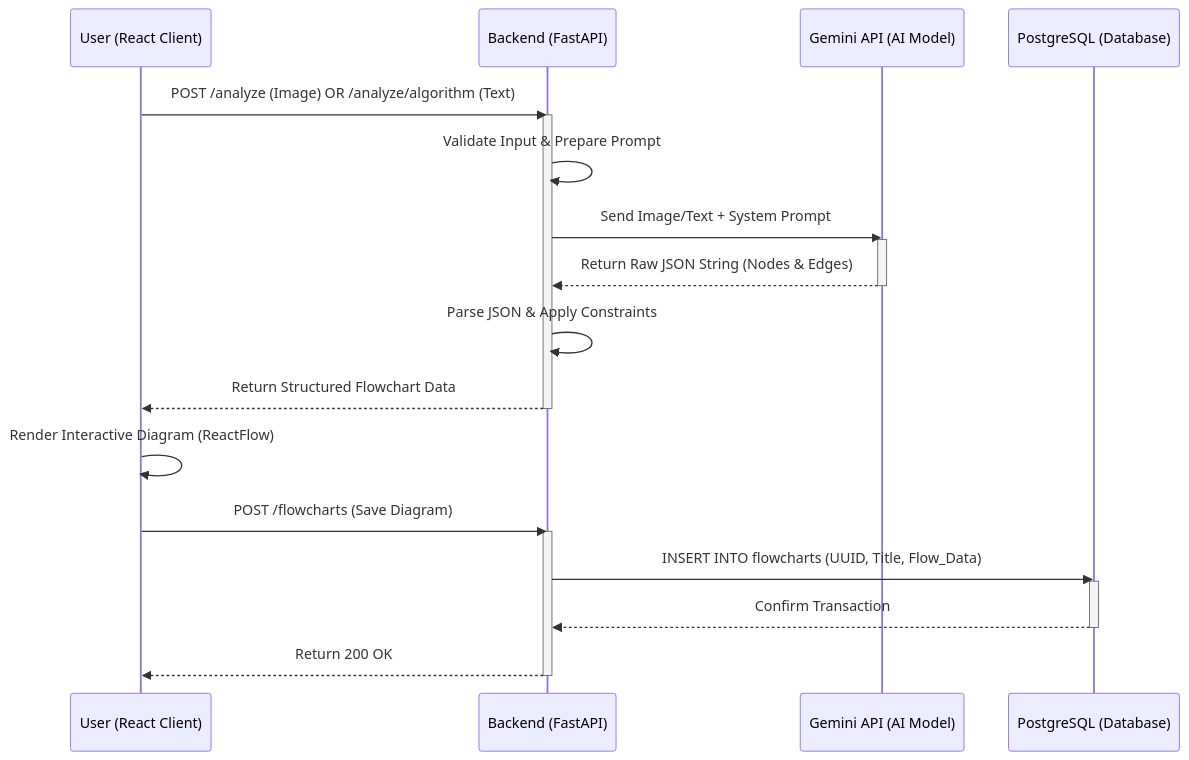
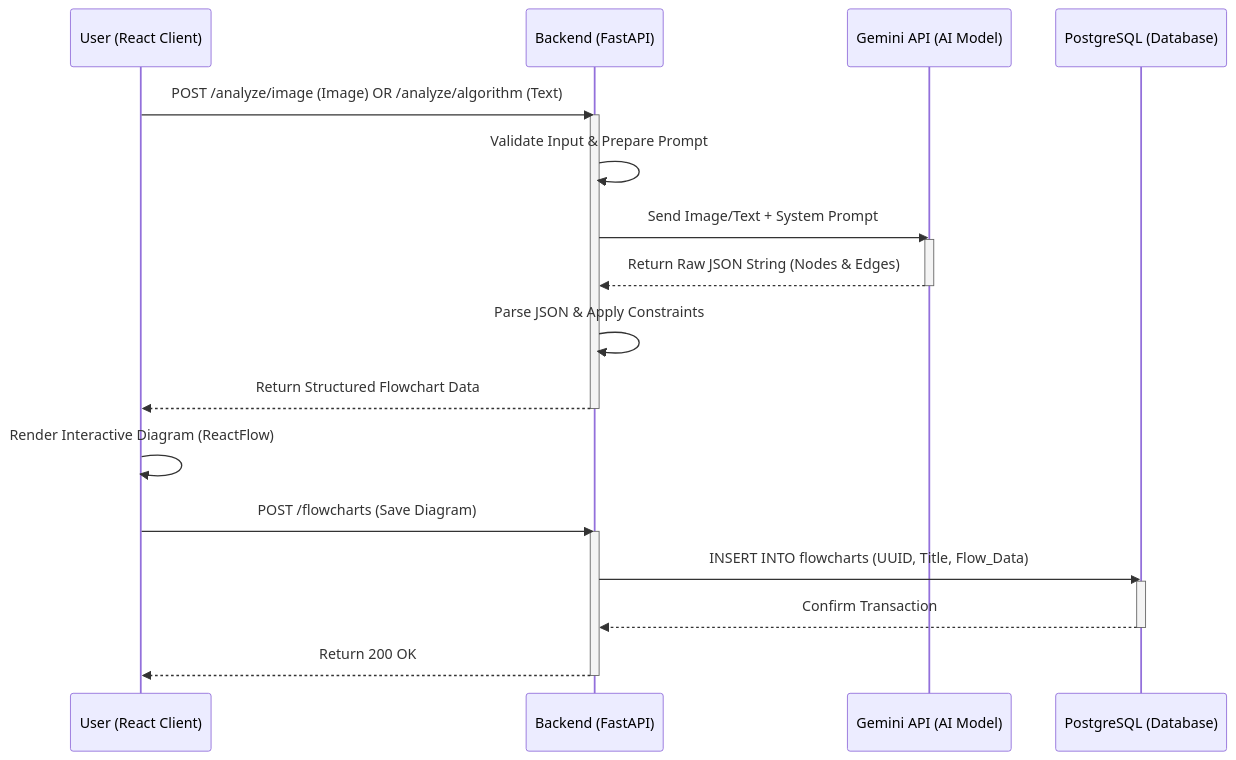
Before and after one commit to nidha-rahma/automated-diagram-digitization: the second of 4 diagrams in README.md, drawn with Mermaid. The commit also changed other lines of this file and 2 other files, not shown here.

Commit message:
Renamed analyze to analyze/image

````diff
--- a/README.md
+++ b/README.md
@@ -176,29 +176,29 @@
 ```mermaid
 sequenceDiagram
     participant User as User (React Client)
     participant FastAPI as Backend (FastAPI)
     participant Gemini as Gemini API (AI Model)
     participant DB as PostgreSQL (Database)
 
-    User->>FastAPI: POST /analyze (Image) OR /analyze/algorithm (Text)
+    User->>FastAPI: POST /analyze/image (Image) OR /analyze/algorithm (Text)
     activate FastAPI
     FastAPI->>FastAPI: Validate Input & Prepare Prompt
     FastAPI->>Gemini: Send Image/Text + System Prompt
     activate Gemini
     Gemini-->>FastAPI: Return Raw JSON String (Nodes & Edges)
     deactivate Gemini
     FastAPI->>FastAPI: Parse JSON & Apply Constraints
     FastAPI-->>User: Return Structured Flowchart Data
     deactivate FastAPI
     
     User->>User: Render Interactive Diagram (ReactFlow)
     
     User->>FastAPI: POST /flowcharts (Save Diagram)
     activate FastAPI
     FastAPI->>DB: INSERT INTO flowcharts (UUID, Title, Flow_Data)
     activate DB
     DB-->>FastAPI: Confirm Transaction
     deactivate DB
     FastAPI-->>User: Return 200 OK
     deactivate FastAPI
 ```
````
